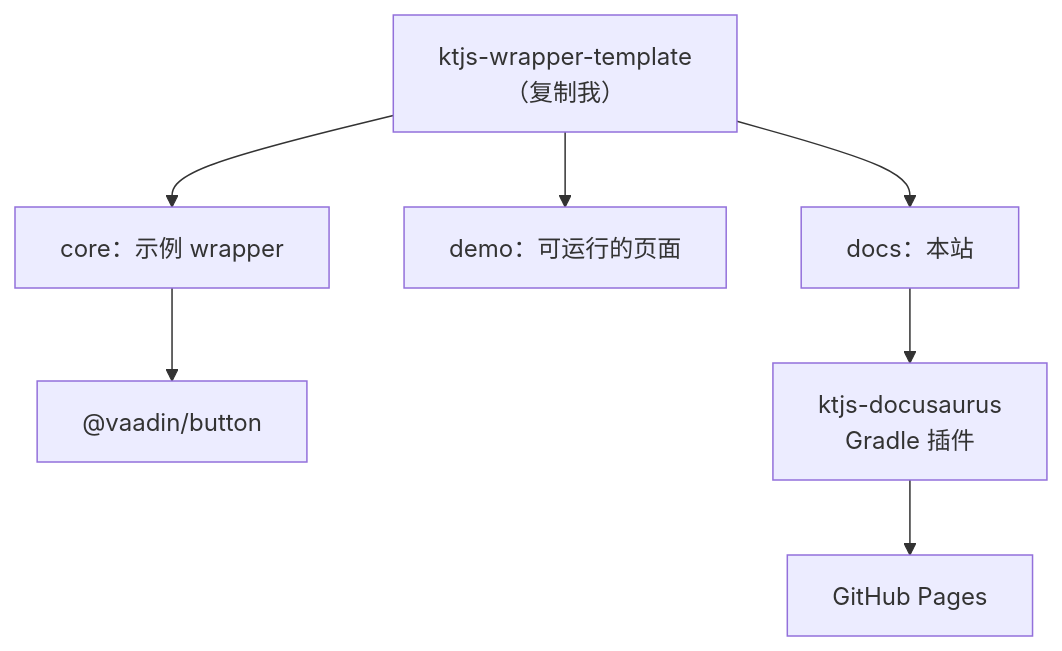
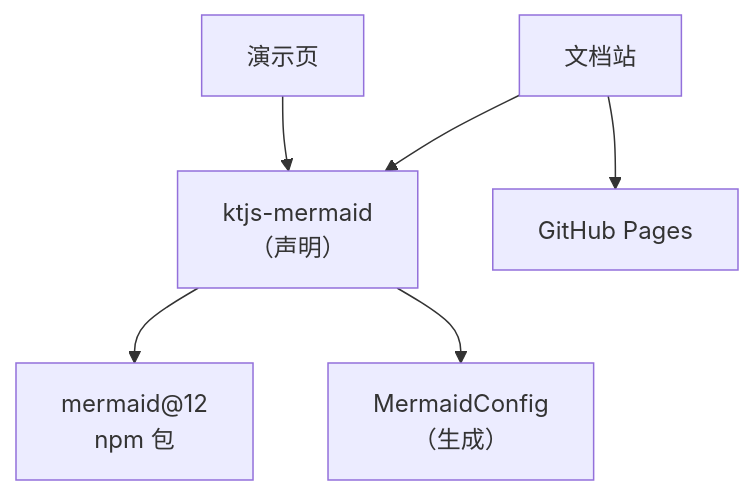
One commit to shijianjs/ktjs-mermaid changed the diagram in docs/src/jsMain/resources/i18n/zh-Hans/docusaurus-plugin-content-docs/current/intro.md. Above: the diagram before and after it, drawn with Mermaid. The commit also changed other lines of this file and 51 other files, not shown here.

````diff
--- a/docs/src/jsMain/resources/i18n/zh-Hans/docusaurus-plugin-content-docs/current/intro.md
+++ b/docs/src/jsMain/resources/i18n/zh-Hans/docusaurus-plugin-content-docs/current/intro.md
@@ -30,9 +38,8 @@
 ```mermaid
 flowchart TB
-  T["ktjs-wrapper-template<br/>（复制我）"] --> C["core：示例 wrapper"]
-  T --> D["demo：可运行的页面"]
-  T --> G["docs：本站"]
-  C --> V["@vaadin/button"]
-  G --> B["ktjs-docusaurus<br/>Gradle 插件"]
-  B --> P["GitHub Pages"]
+  A["ktjs-mermaid<br/>（声明）"] --> B["mermaid@12<br/>npm 包"]
+  D["演示页"] --> A
+  G["文档站"] --> A
+  G --> P["GitHub Pages"]
+  A --> R["MermaidConfig<br/>（生成）"]
 ```
````
